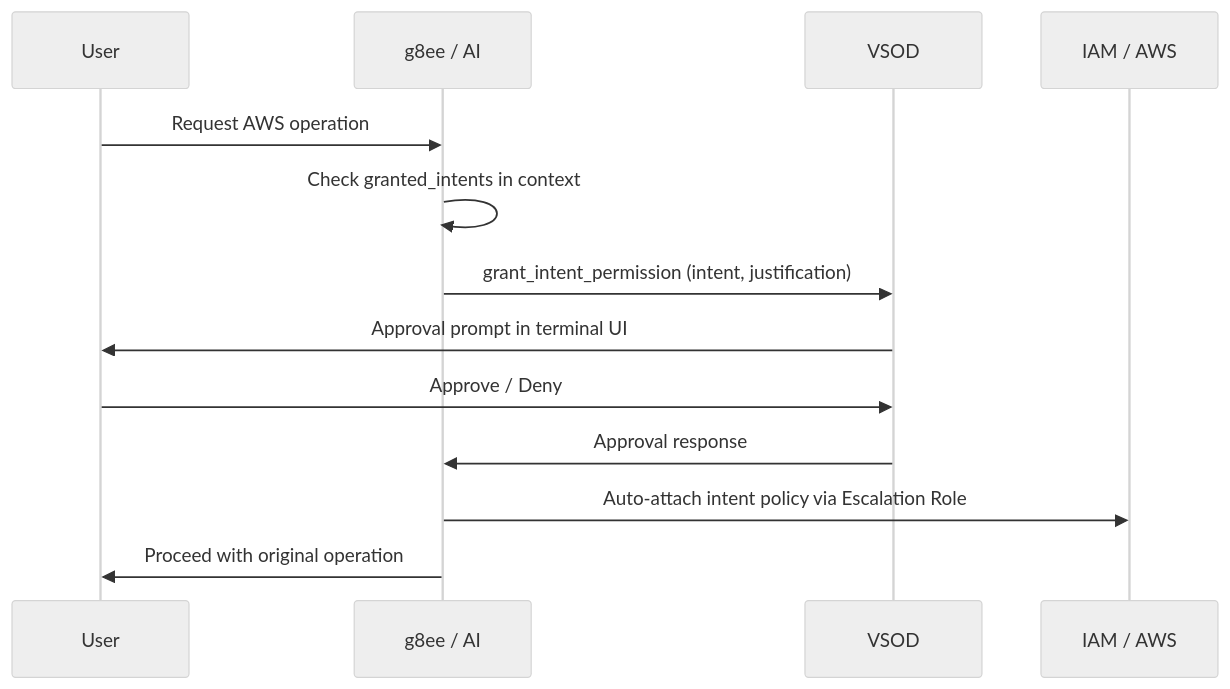
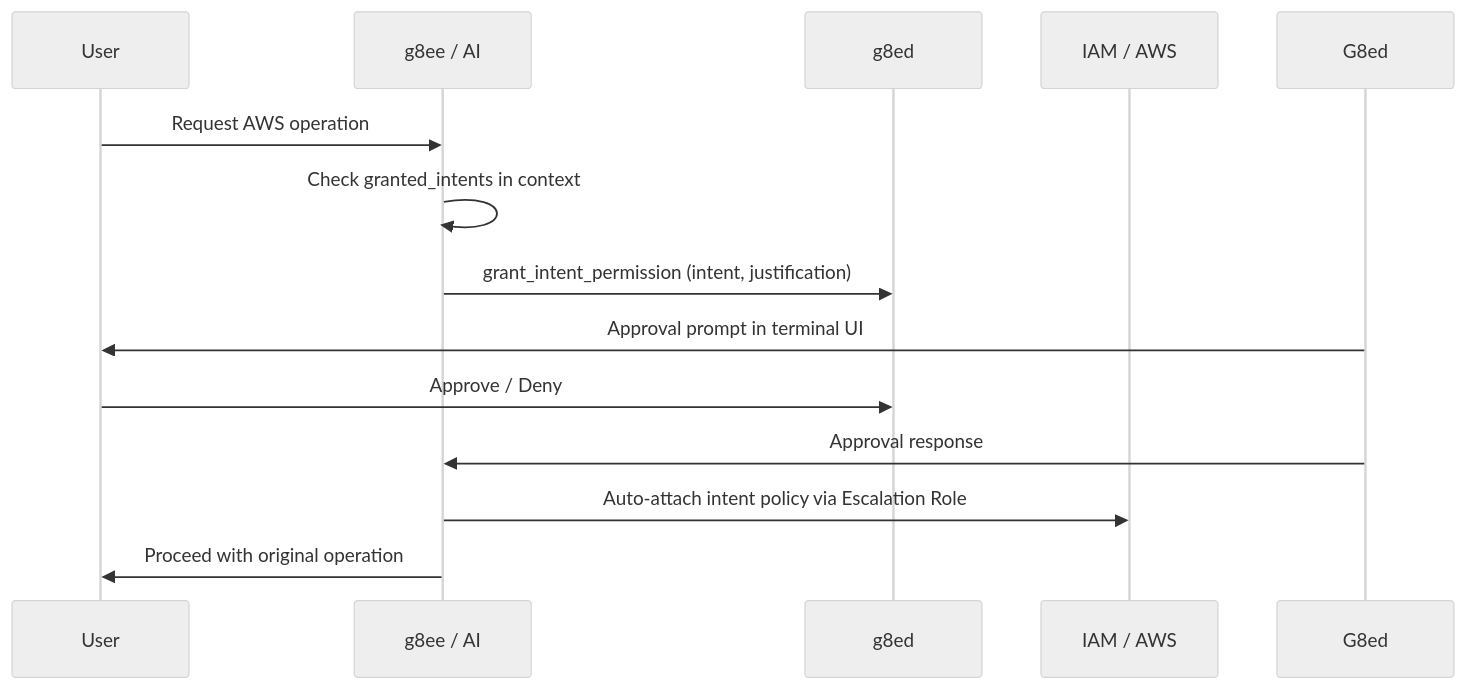
The second of 2 diagrams in docs/components/g8ee.md (g8e-ai/g8e), drawn with Mermaid (neutral theme) before and after one commit. The commit also changed other lines of this file and 1064 other files, not shown here.

````diff
--- a/docs/components/g8ee.md
+++ b/docs/components/g8ee.md
@@ -430,16 +430,16 @@
 ```mermaid
 sequenceDiagram
     participant User
     participant AI as g8ee / AI
-    participant VSOD
+    participant g8ed
     participant AWS as IAM / AWS
 
     User->>AI: Request AWS operation
     AI->>AI: Check granted_intents in context
-    AI->>VSOD: grant_intent_permission (intent, justification)
-    VSOD->>User: Approval prompt in terminal UI
-    User->>VSOD: Approve / Deny
-    VSOD->>AI: Approval response
+    AI->>g8ed: grant_intent_permission (intent, justification)
+    G8ed->>User: Approval prompt in terminal UI
+    User->>g8ed: Approve / Deny
+    G8ed->>AI: Approval response
     AI->>AWS: Auto-attach intent policy via Escalation Role
     AI->>User: Proceed with original operation
 ```
````
